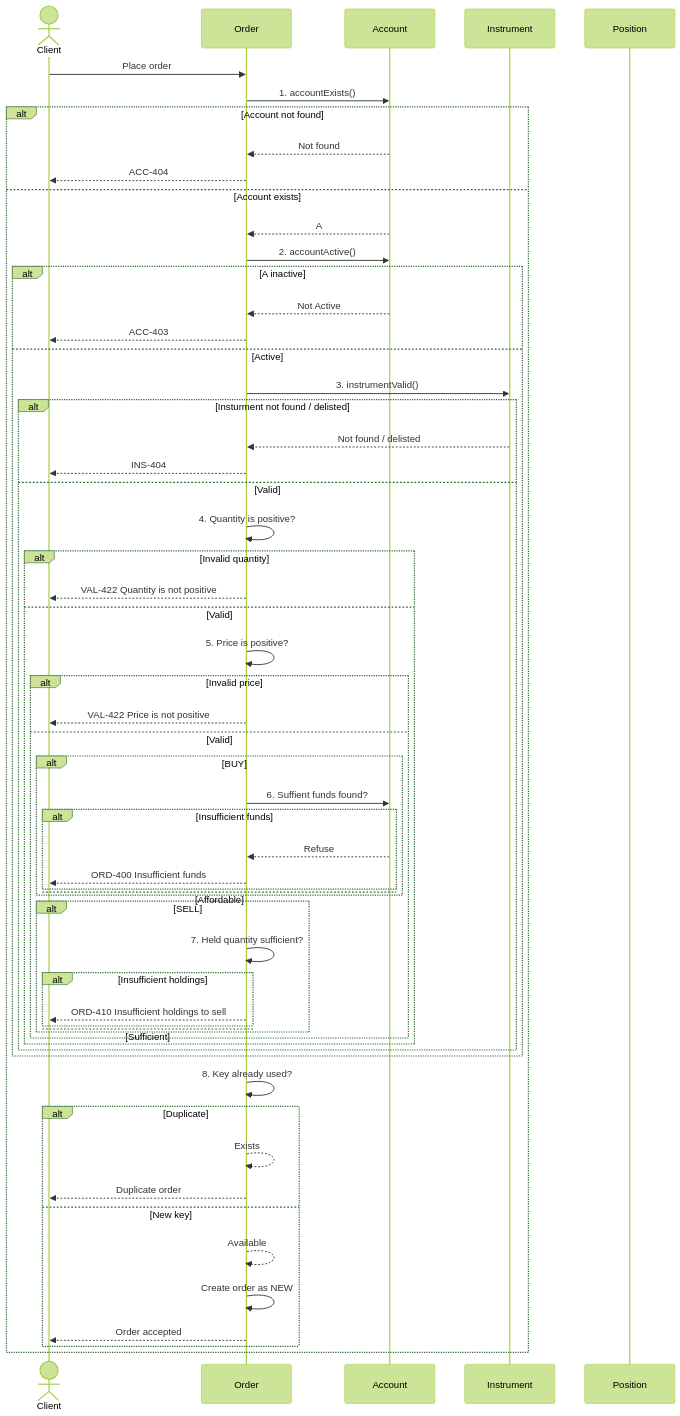
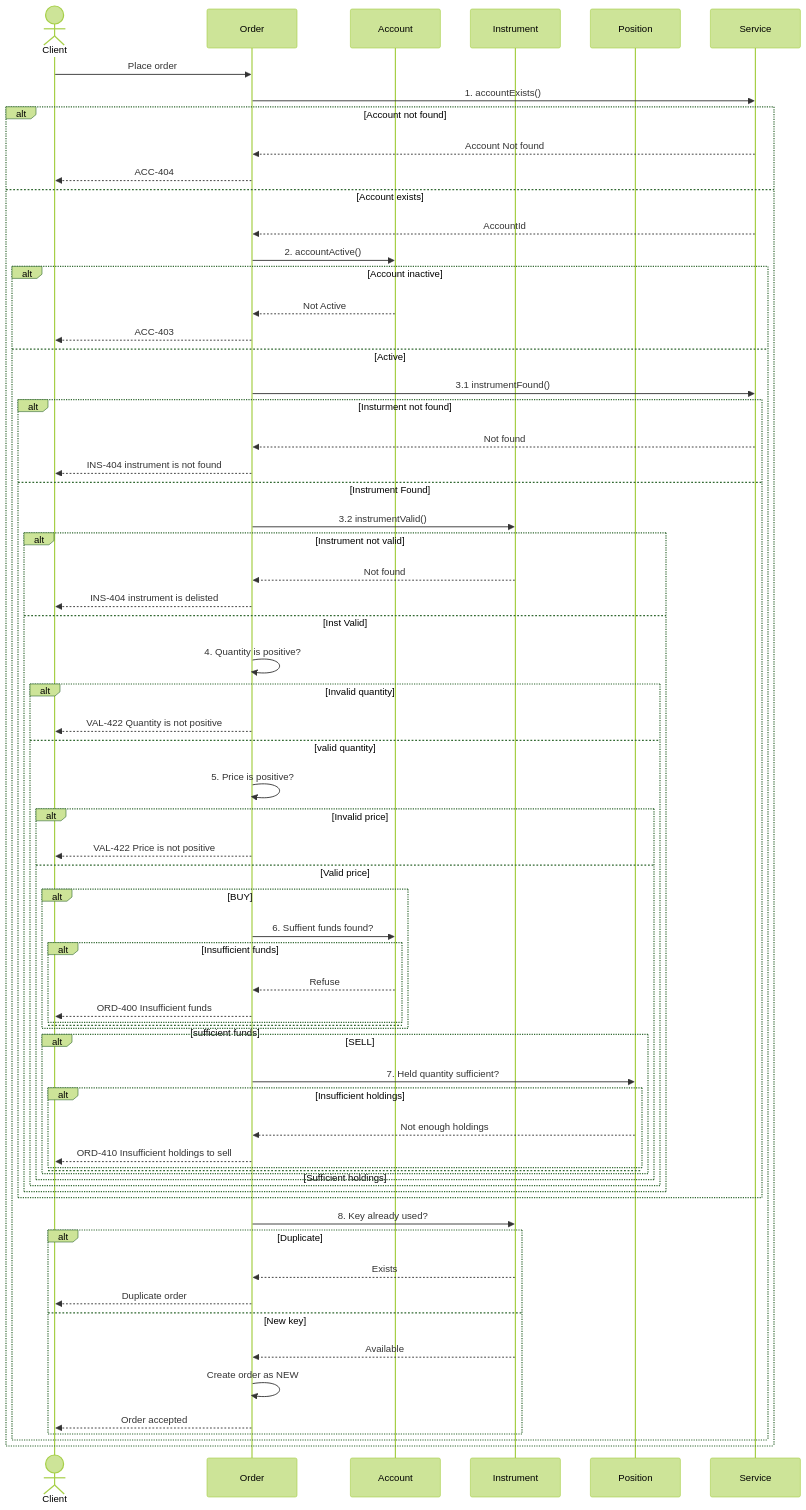
The diagram in sprint-05-domain-engine/src/main/resources/design/sequenceDiagram.mmd (Pranav0209/trading-platform), drawn with Mermaid (forest theme) before and after one commit. The commit also changed 4 other files, not shown here.

Commit message:
update sequence diagram to have a common service

```diff
--- a/sprint-05-domain-engine/src/main/resources/design/sequenceDiagram.mmd
+++ b/sprint-05-domain-engine/src/main/resources/design/sequenceDiagram.mmd
@@ -1,72 +1,78 @@
 %% {init: {'sequence': {'mirrorActors': false}}}
 
 
 sequenceDiagram
 
 
     actor C as Client
     participant O as Order
     participant A as Account
     participant I as Instrument
     participant P as Position
+    participant S as Service
 
     C->>O: Place order
 
-    O->>A: 1. accountExists()
+    O->>S: 1. accountExists()
     alt Account not found
-        A-->>O: Not found
+        S-->>O: Account Not found
         O-->>C: ACC-404
     else Account exists
-        A-->>O: A
-
+        S-->>O: AccountId
         O->>A: 2. accountActive()
-        alt A inactive
+        alt Account inactive
             A-->>O: Not Active
             O-->>C: ACC-403
         else Active
-            O->>I: 3. instrumentValid()
-            alt Insturment not found / delisted
-                I-->>O: Not found / delisted
-                O-->>C: INS-404
+            O->>S: 3.1 instrumentFound()
+            alt Insturment not found
+                S-->>O: Not found
+                O-->>C: INS-404 instrument is not found
+            else Instrument Found
+                O->>I: 3.2 instrumentValid()
+                alt Instrument not valid
+                    I-->>O: Not found
+                    O-->>C: INS-404 instrument is delisted
+                else Inst Valid
+                    O->>O: 4. Quantity is positive?
+                    alt Invalid quantity
+                        O-->>C: VAL-422 Quantity is not positive
+                    else valid quantity
 
-            else Valid
-                O->>O: 4. Quantity is positive?
-                alt Invalid quantity
-                    O-->>C: VAL-422 Quantity is not positive
-                else Valid
+                        O->>O: 5. Price is positive?
+                        alt Invalid price
+                            O-->>C: VAL-422 Price is not positive
+                        else Valid price
 
-                    O->>O: 5. Price is positive?
-                    alt Invalid price
-                        O-->>C: VAL-422 Price is not positive
-                    else Valid
+                            alt BUY
+                                O->>A: 6. Suffient funds found?
+                                alt Insufficient funds
+                                    A-->>O: Refuse
+                                    O-->>C: ORD-400 Insufficient funds
+                                else sufficient funds
+                                end
+                            end
 
-                        alt BUY
-                            O->>A: 6. Suffient funds found?
-                            alt Insufficient funds
-                                A-->>O: Refuse
-                                O-->>C: ORD-400 Insufficient funds
-                            else Affordable
-                            end
-                        end
-
-                        alt SELL
-                            O->>O: 7. Held quantity sufficient?
-                            alt Insufficient holdings
-                                O-->>C: ORD-410 Insufficient holdings to sell
-                            else Sufficient
+                            alt SELL
+                                O->>P: 7. Held quantity sufficient?
+                                alt Insufficient holdings
+                                    P-->>O: Not enough holdings
+                                    O-->>C: ORD-410 Insufficient holdings to sell
+                                else Sufficient holdings
+                                end
                             end
                         end
                     end
                 end
             end
+             O->>I: 8. Key already used?
+                alt Duplicate
+                    I-->>O: Exists
+                    O-->>C: Duplicate order
+                else New key
+                    I-->>O: Available
+                    O->>O: Create order as NEW
+                    O-->>C: Order accepted
+                end
         end
-         O->>O: 8. Key already used?
-            alt Duplicate
-                O-->>O: Exists
-                O-->>C: Duplicate order
-            else New key
-                O-->>O: Available
-                O->>O: Create order as NEW
-                O-->>C: Order accepted
-            end
     end
```
